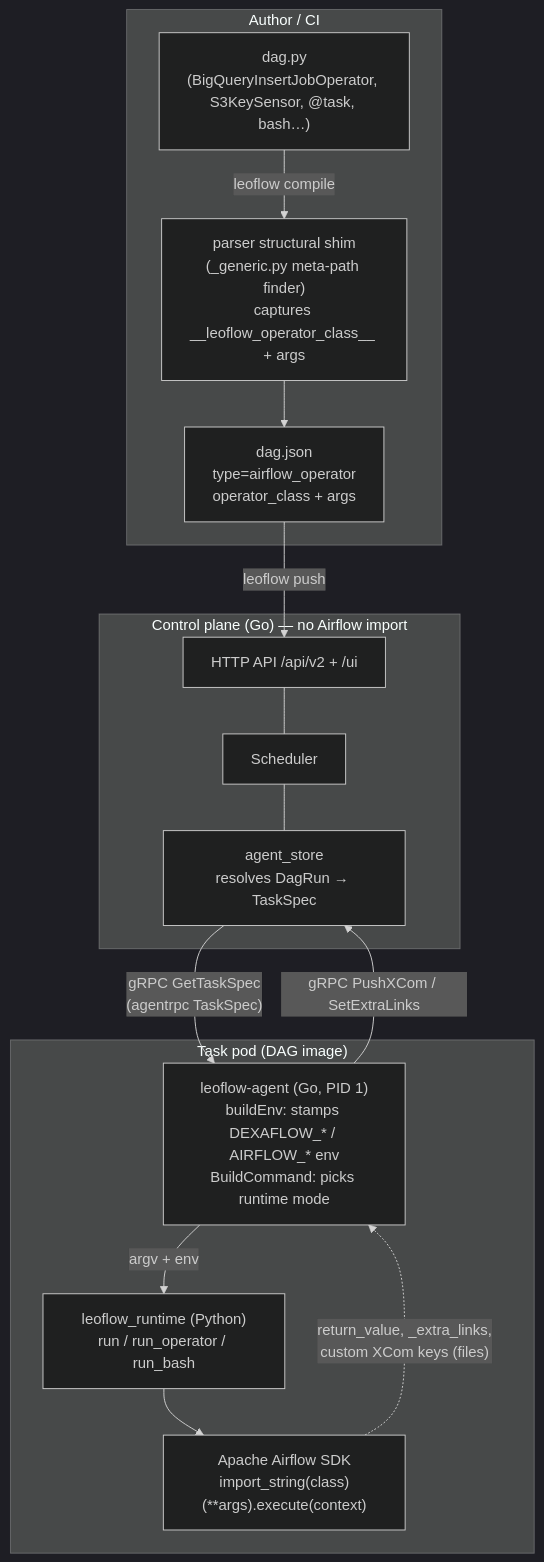
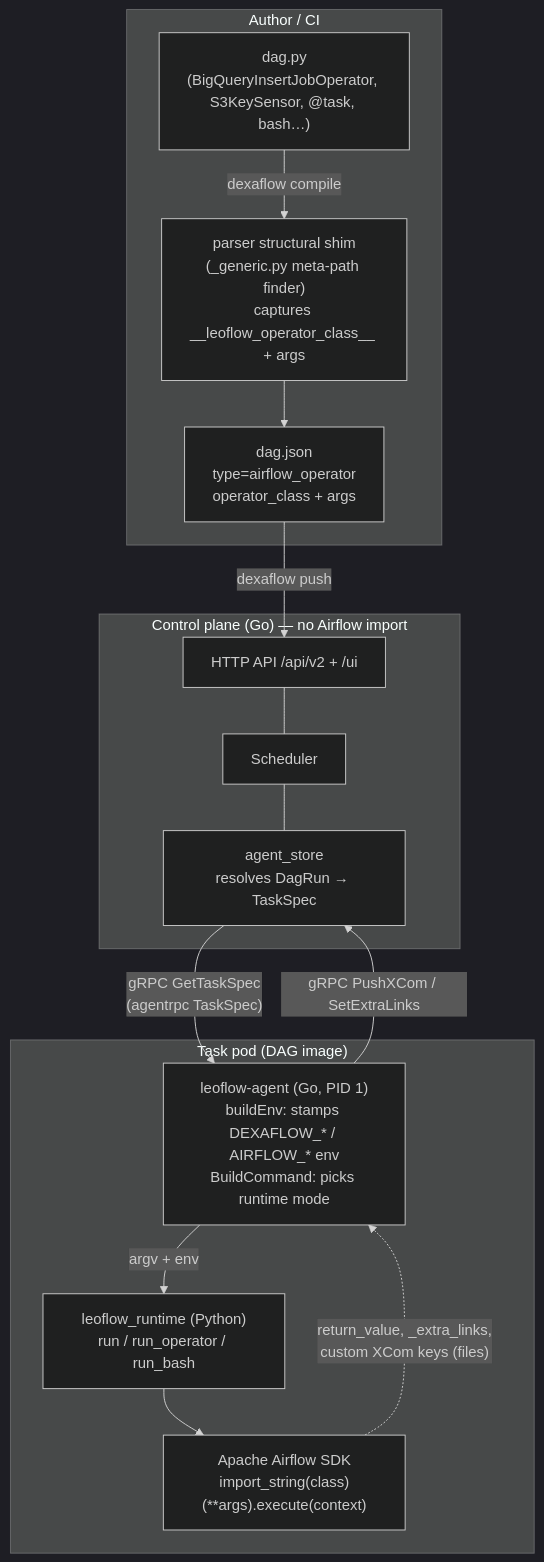
One commit to dexadata/dexaflow changed the diagram in website/content/author-dags/operators-sensors.md. Above: the diagram before and after it, drawn with Mermaid (dark theme). The commit also changed other lines of this file and 277 other files, not shown here.

Commit message:
docs: Dexaflow in the docs and README, with the name history and the leoflow compatibility note

````diff
--- a/website/content/author-dags/operators-sensors.md
+++ b/website/content/author-dags/operators-sensors.md
@@ -39,30 +39,30 @@
 ```mermaid
 flowchart TB
   subgraph Dev["Author / CI"]
     DAG["dag.py<br/>(BigQueryInsertJobOperator, S3KeySensor, @task, bash…)"]
     SHIM["parser structural shim<br/>(_generic.py meta-path finder)<br/>captures __leoflow_operator_class__ + args"]
     DJ["dag.json<br/>type=airflow_operator<br/>operator_class + args"]
-    DAG -->|leoflow compile| SHIM --> DJ
+    DAG -->|dexaflow compile| SHIM --> DJ
   end
 
-  DJ -->|leoflow push| API
+  DJ -->|dexaflow push| API
 
   subgraph CP["Control plane (Go) — no Airflow import"]
     API["HTTP API /api/v2 + /ui"]
     SCH["Scheduler"]
     STORE["agent_store<br/>resolves DagRun → TaskSpec"]
     API --- SCH --- STORE
   end
 
   STORE -->|"gRPC GetTaskSpec<br/>(agentrpc TaskSpec)"| AGENT
 
   subgraph POD["Task pod (DAG image)"]
     AGENT["leoflow-agent (Go, PID 1)<br/>buildEnv: stamps DEXAFLOW_* / AIRFLOW_* env<br/>BuildCommand: picks runtime mode"]
     RT["leoflow_runtime (Python)<br/>run / run_operator / run_bash"]
     SDK["Apache Airflow SDK<br/>import_string(class)(**args).execute(context)"]
     AGENT -->|"argv + env"| RT --> SDK
   end
 
   SDK -.->|"return_value, _extra_links,<br/>custom XCom keys (files)"| AGENT
   AGENT -->|"gRPC PushXCom / SetExtraLinks"| STORE
 ```
````
